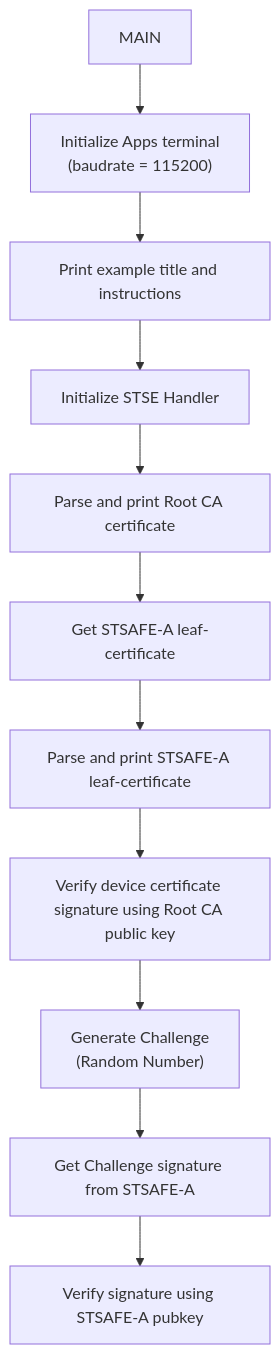
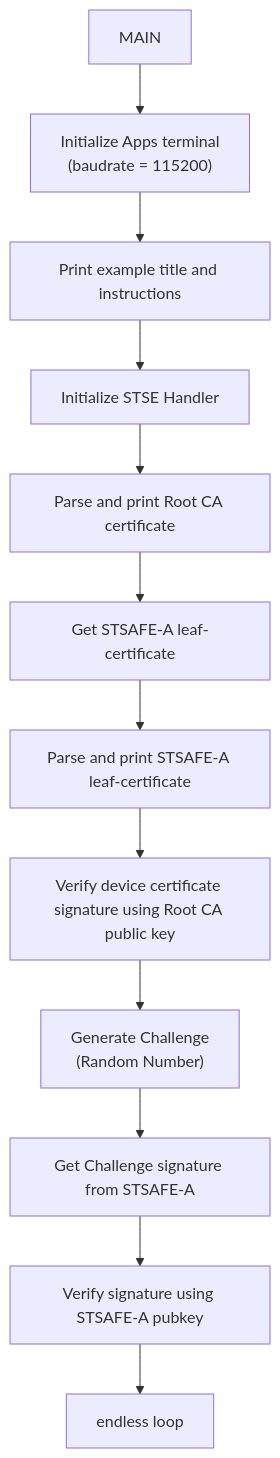
Before and after one commit to STMicroelectronics/STSAFE-A_device_authentication: the second of 2 diagrams in README.md, drawn with Mermaid. The commit also changed other lines of this file and 3 other files, not shown here.

Commit message:
[Doc] Documentation flowchart and pictures

````diff
--- a/README.md
+++ b/README.md
@@ -27,13 +29,14 @@
 ```mermaid
 flowchart TD
     A["MAIN"] --> B["Initialize Apps terminal \n(baudrate = 115200)"]
     B --> C["Print example title and instructions"]
     C --> D["Initialize STSE Handler"]
     D --> E["Parse and print Root CA certificate"]
     E --> F["Get STSAFE-A leaf-certificate"]
     F --> G["Parse and print STSAFE-A leaf-certificate"]
     G --> H["Verify device certificate signature using Root CA public key"]
     H --> I["Generate Challenge \n(Random Number)"]
     I --> J["Get Challenge signature from STSAFE-A "]
     J --> K["Verify signature using STSAFE-A pubkey"]
+    K --> L[endless loop]
 ```
````
